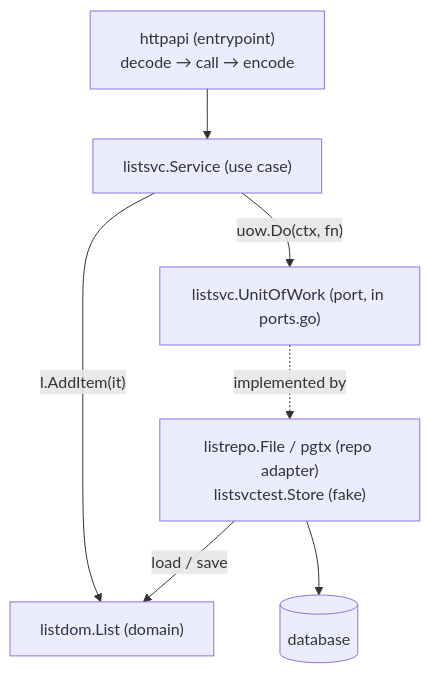
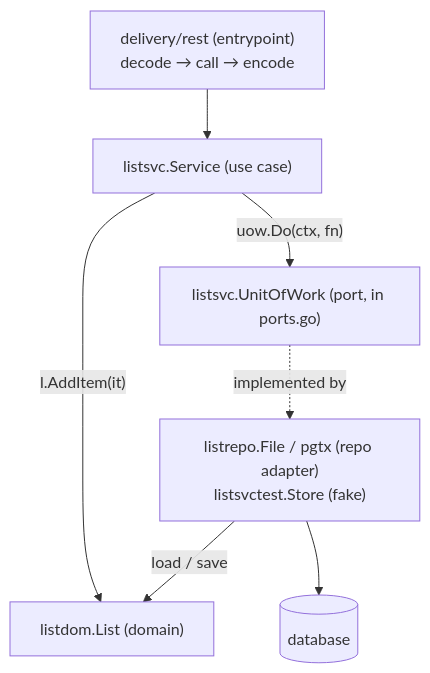
One commit to vsheshjain/code-taste-golang changed the first of 2 diagrams in skills/code-taste-golang/docs/architecture/README.md. Above: the diagram before and after it, drawn with Mermaid. The commit also changed other lines of this file and 19 other files, not shown here.

First line of the commit message:
Rename adapter folders to delivery/ and gateway/, add architecture diagrams

````diff
--- a/skills/code-taste-golang/docs/architecture/README.md
+++ b/skills/code-taste-golang/docs/architecture/README.md
@@ -15,9 +15,9 @@
 ```mermaid
 flowchart TD
-    H["httpapi (entrypoint)<br/>decode → call → encode"] --> S["listsvc.Service (use case)"]
+    H["delivery/rest (entrypoint)<br/>decode → call → encode"] --> S["listsvc.Service (use case)"]
     S -->|"uow.Do(ctx, fn)"| U["listsvc.UnitOfWork (port, in ports.go)"]
     S -->|"l.AddItem(it)"| D["listdom.List (domain)"]
     U -.implemented by.-> M["listrepo.File / pgtx (repo adapter)<br/>listsvctest.Store (fake)"]
     M -->|"load / save"| D
     M --> DB[("database")]
 ```
````
